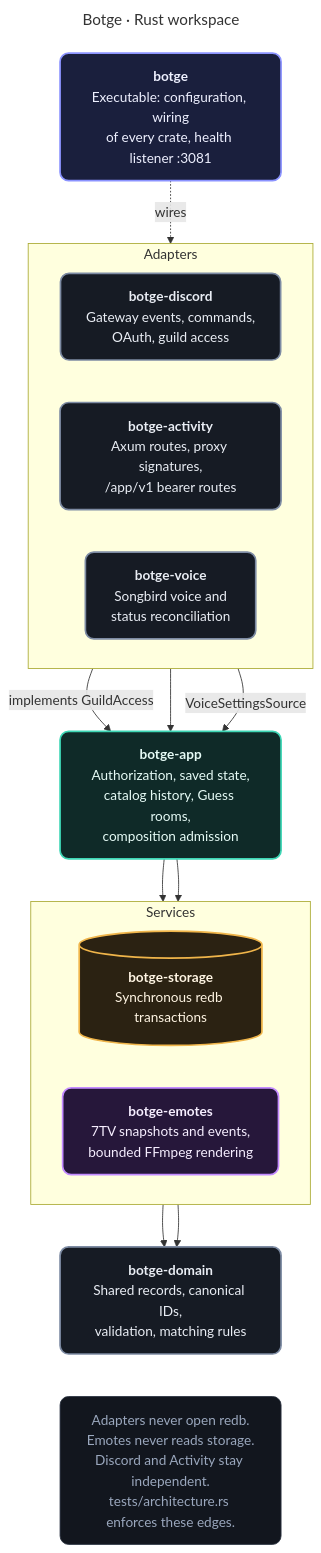
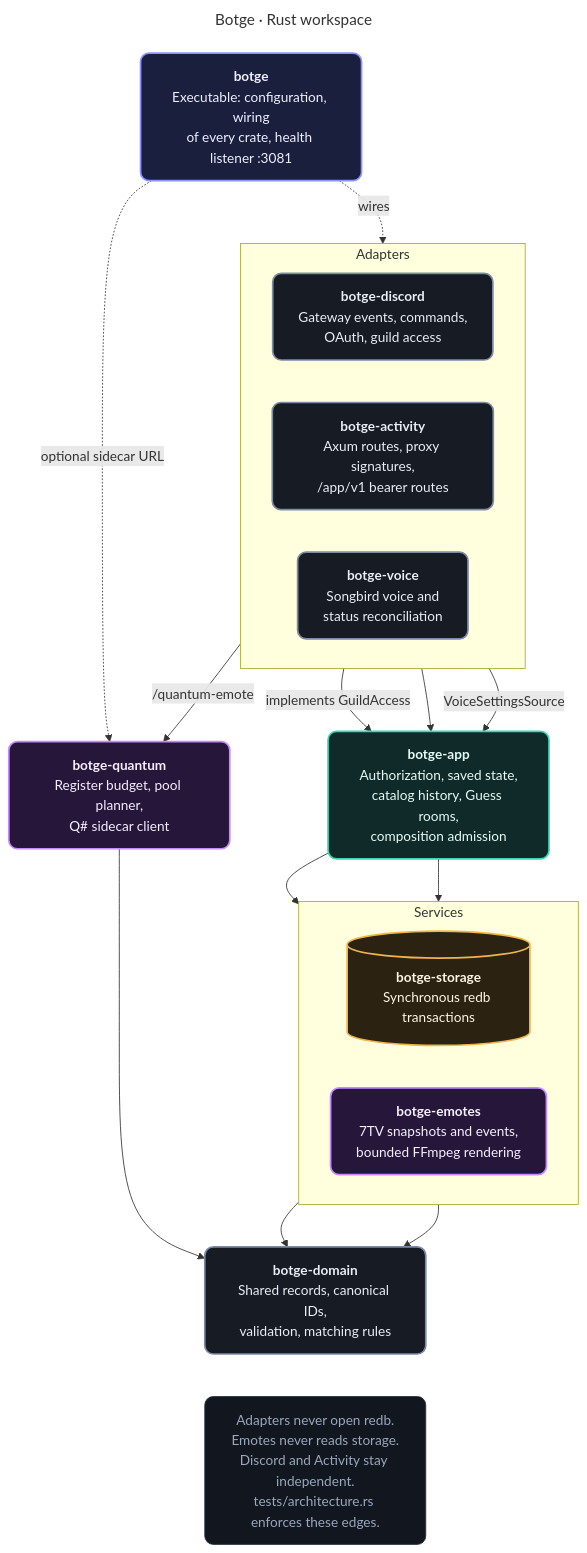
Before and after one commit to MrewyOrg/Botge: the diagram in docs/diagrams/architecture.mmd, drawn with Mermaid. The commit also changed 64 other files, not shown here.

First line of the commit message:
feat(quantum): add /quantum-emote with its register budget and sidecar client

```diff
--- a/docs/diagrams/architecture.mmd
+++ b/docs/diagrams/architecture.mmd
@@ -1,48 +1,53 @@
 ---
 title: Botge · Rust workspace
 ---
 flowchart TB
     bot["<b>botge</b><br/>Executable: configuration, wiring<br/>of every crate, health listener :3081"]
 
     subgraph adapters["Adapters"]
         direction LR
         discord["<b>botge-discord</b><br/>Gateway events, commands,<br/>OAuth, guild access"]
         activity["<b>botge-activity</b><br/>Axum routes, proxy signatures,<br/>/app/v1 bearer routes"]
         voice["<b>botge-voice</b><br/>Songbird voice and<br/>status reconciliation"]
     end
 
     app["<b>botge-app</b><br/>Authorization, saved state,<br/>catalog history, Guess rooms,<br/>composition admission"]
 
     subgraph services["Services"]
         direction LR
         storage[("<b>botge-storage</b><br/>Synchronous redb transactions")]
         emotes["<b>botge-emotes</b><br/>7TV snapshots and events,<br/>bounded FFmpeg rendering"]
     end
 
+    quantum["<b>botge-quantum</b><br/>Register budget, pool planner,<br/>Q# sidecar client"]
+
     domain["<b>botge-domain</b><br/>Shared records, canonical IDs,<br/>validation, matching rules"]
 
     bot -. wires .-> adapters
     discord -->|implements GuildAccess| app
+    discord -->|/quantum-emote| quantum
+    bot -. optional sidecar URL .-> quantum
     activity --> app
     voice -->|VoiceSettingsSource| app
     app --> storage
     app --> emotes
     storage --> domain
     emotes --> domain
+    quantum --> domain
 
     rule["Adapters never open redb.<br/>Emotes never reads storage.<br/>Discord and Activity stay independent.<br/>tests/architecture.rs enforces these edges."]
     domain ~~~ rule
 
     classDef exe fill:#1a1f3d,stroke:#8b93ff,color:#eef0ff,stroke-width:2px,rx:10,ry:10
     classDef core fill:#0f2a28,stroke:#3dd6b5,color:#e6fbf6,stroke-width:2px,rx:10,ry:10
     classDef data fill:#2b2212,stroke:#f0b54a,color:#fff5e3,stroke-width:2px,rx:10,ry:10
     classDef media fill:#26173a,stroke:#c38bff,color:#f6eeff,stroke-width:2px,rx:10,ry:10
     classDef base fill:#161b24,stroke:#7d8ba3,color:#e9edf4,stroke-width:2px,rx:10,ry:10
     classDef muted fill:#12161e,stroke:#2b3341,color:#9aa7bd,rx:10,ry:10
     class bot exe
     class discord,activity,voice base
     class app core
     class storage data
-    class emotes media
+    class emotes,quantum media
     class domain base
     class rule muted
```
